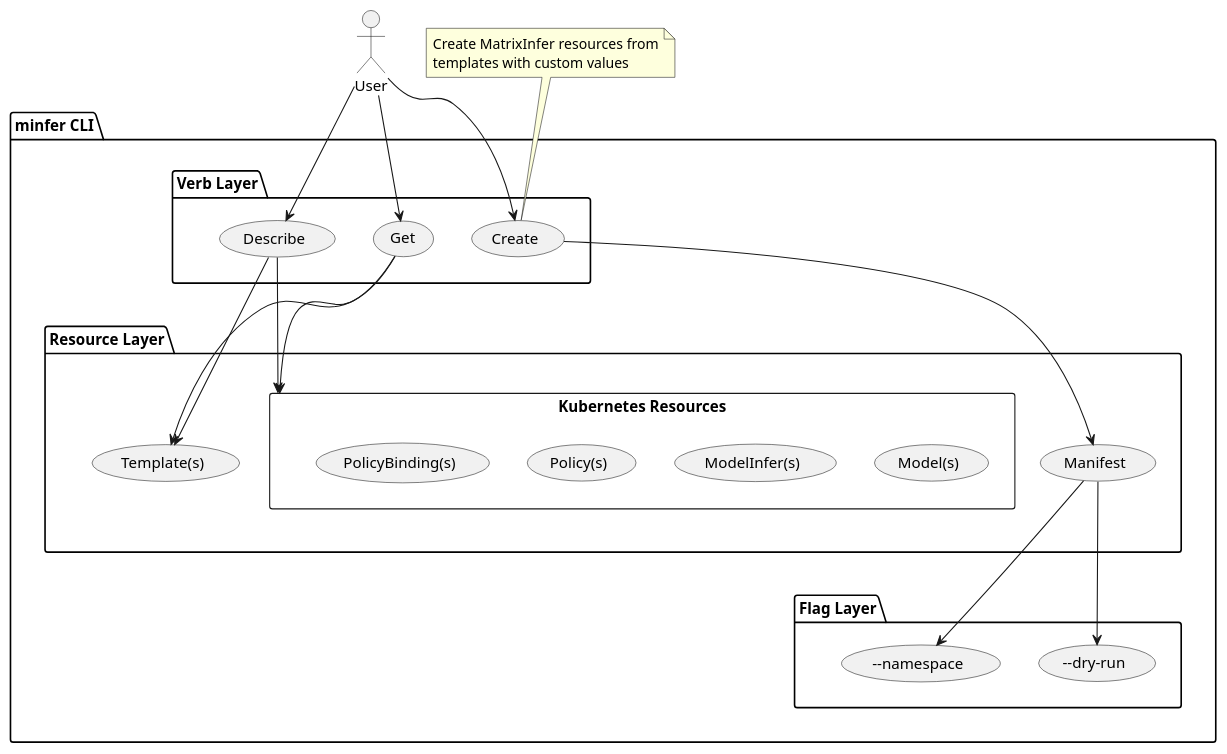
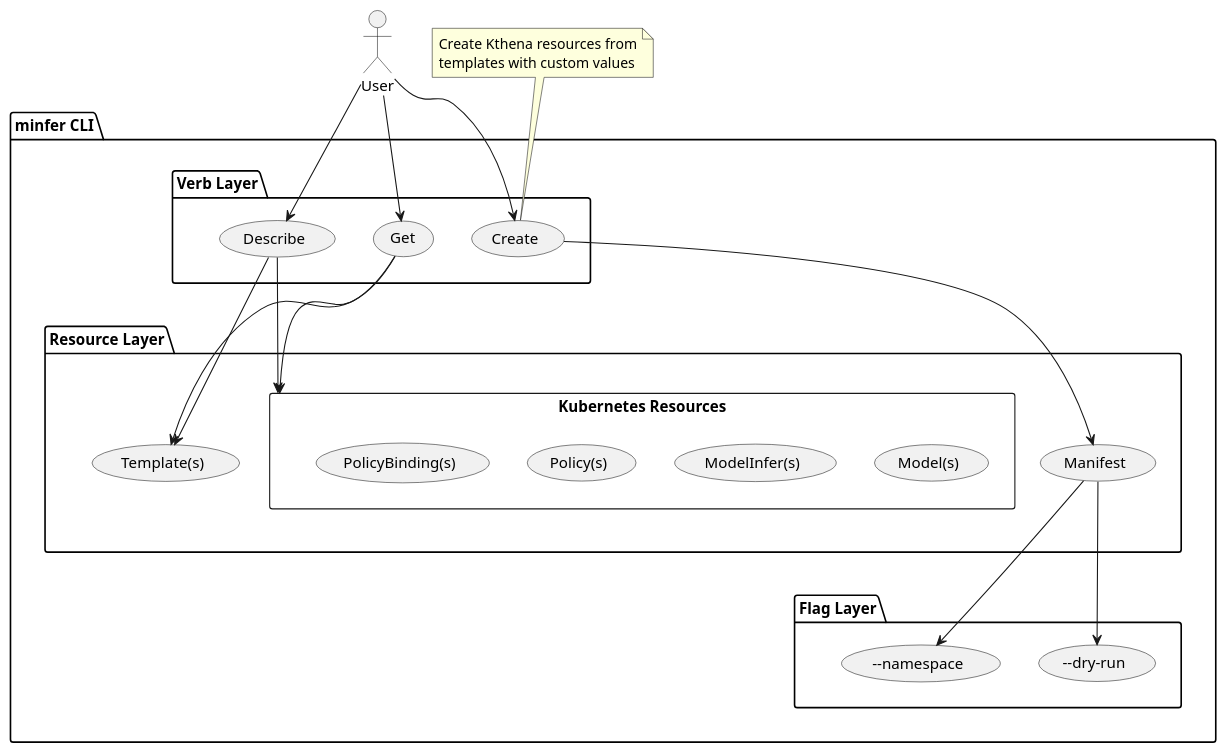
Before and after one commit to matrixinfer-ai/kthena: the first of 2 diagrams in cli/minfer/README.md, drawn with PlantUML. The commit also changed other lines of this file and 665 other files, not shown here.

````diff
--- a/cli/minfer/README.md
+++ b/cli/minfer/README.md
@@ -9,61 +9,61 @@
 ```plantuml
 
 actor "User" as user
 
 package "minfer CLI" {
   
   package "Verb Layer" as verbLayer{
     usecase "Get" as GetVerb
     usecase "Describe" as DescribeVerb
     usecase "Create" as CreateVerb
   }
   
   package "Resource Layer" as ResourceLayer {
     usecase "Template(s)" as Template
     usecase "Manifest" as Manifest
     
     rectangle "Kubernetes Resources" as KubernetesResources {
        usecase "Model(s)" as ModelResource
        usecase "ModelInfer(s)" as ModelInferResource
        usecase "Policy(s)" as PolicyResource
        usecase "PolicyBinding(s)" as PolicyBindingResource
     }
   }
   
   package "Flag Layer" as FlagLayer{
     usecase "--dry-run" as DryRunFlag
     usecase "--namespace" as NamespaceFlag
   }
 }
 
 ' User interactions with verb layer (kubectl-style)
 user --> GetVerb
 user --> DescribeVerb
 user --> CreateVerb
 
 ' Verb layer connects to resource layer
 CreateVerb --> Manifest
 GetVerb --> Template
 GetVerb --> KubernetesResources
 
 DescribeVerb --> Template
 DescribeVerb --> KubernetesResources
 
 ' Resources can use flags
 Manifest --> NamespaceFlag
 Manifest --> DryRunFlag
 
 note top of CreateVerb
-  Create MatrixInfer resources from
+  Create Kthena resources from
   templates with custom values
 end note
 
 ' layout
 GetVerb -[hidden]-> ModelResource
 GetVerb -[hidden]-> ModelInferResource
 GetVerb -[hidden]-> PolicyResource
 GetVerb -[hidden]-> PolicyBindingResource
 
 verbLayer -[hidden]-> ResourceLayer
 ResourceLayer -[hidden]-> FlagLayer
 ```
````
